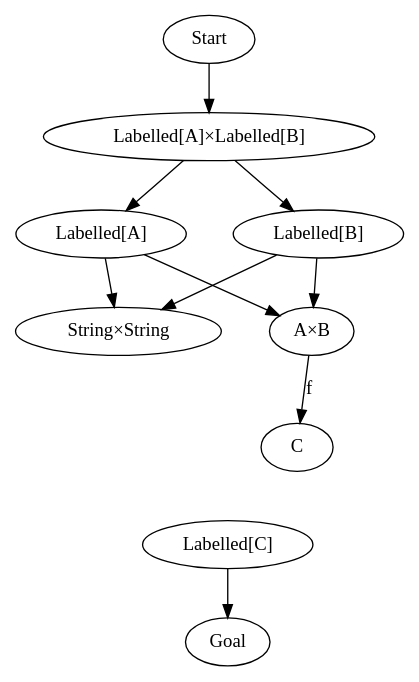
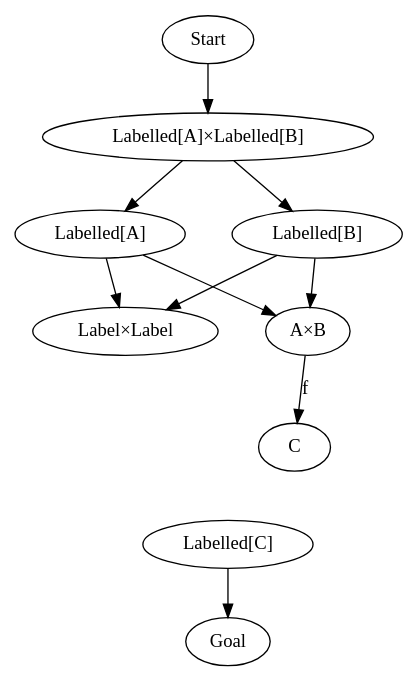
One commit to nrinaudo/things-that-are-things changed the diagram in src/main/graphviz/labelled.dot. Above: the diagram before and after it, drawn with Graphviz. The commit also changed 12 other files, not shown here.

```diff
--- a/src/main/graphviz/labelled.dot
+++ b/src/main/graphviz/labelled.dot
@@ -1,41 +1,41 @@
 digraph {
     Start[class="extremity"]
     Goal[class="extremity"]
 
     FAFB[label="Labelled[A]×Labelled[B]" class="start"]
     FA[label="Labelled[A]"]
     FB[label="Labelled[B]"]
-    XX[label="String×String"]
+    XX[label="Label×Label"]
     AB[label="A×B"]
     FC[label="Labelled[C]" class="goal"]
-    X[label="String" style="invis"]
+    X[label="Label" style="invis"]
 
     {
         rank=same
         FA -> FB[style="invis"]
     }
 
     {
         rank=same
         XX -> AB[style="invis"]
     }
 
         {
         rank=same
         X -> C[style="invis"]
     }
 
     FAFB -> FA
     FAFB -> FB
     FA -> XX
     FA -> AB
     FB -> XX
     FB -> AB
     XX -> X[label="combine" style="invis"]
     AB -> C[label="f"]
     X -> FC[style="invis"]
     C -> FC[style="invis"]
 
     Start -> FAFB[class="start"]
     FC -> Goal[class="goal"]
 }
```
